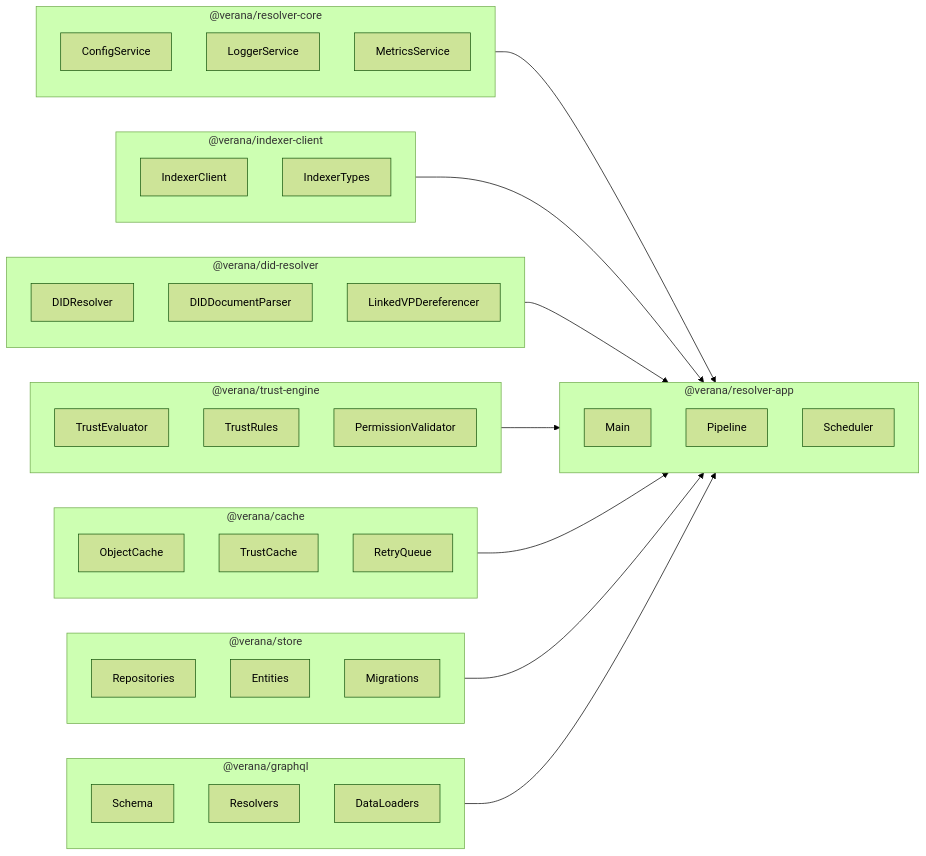
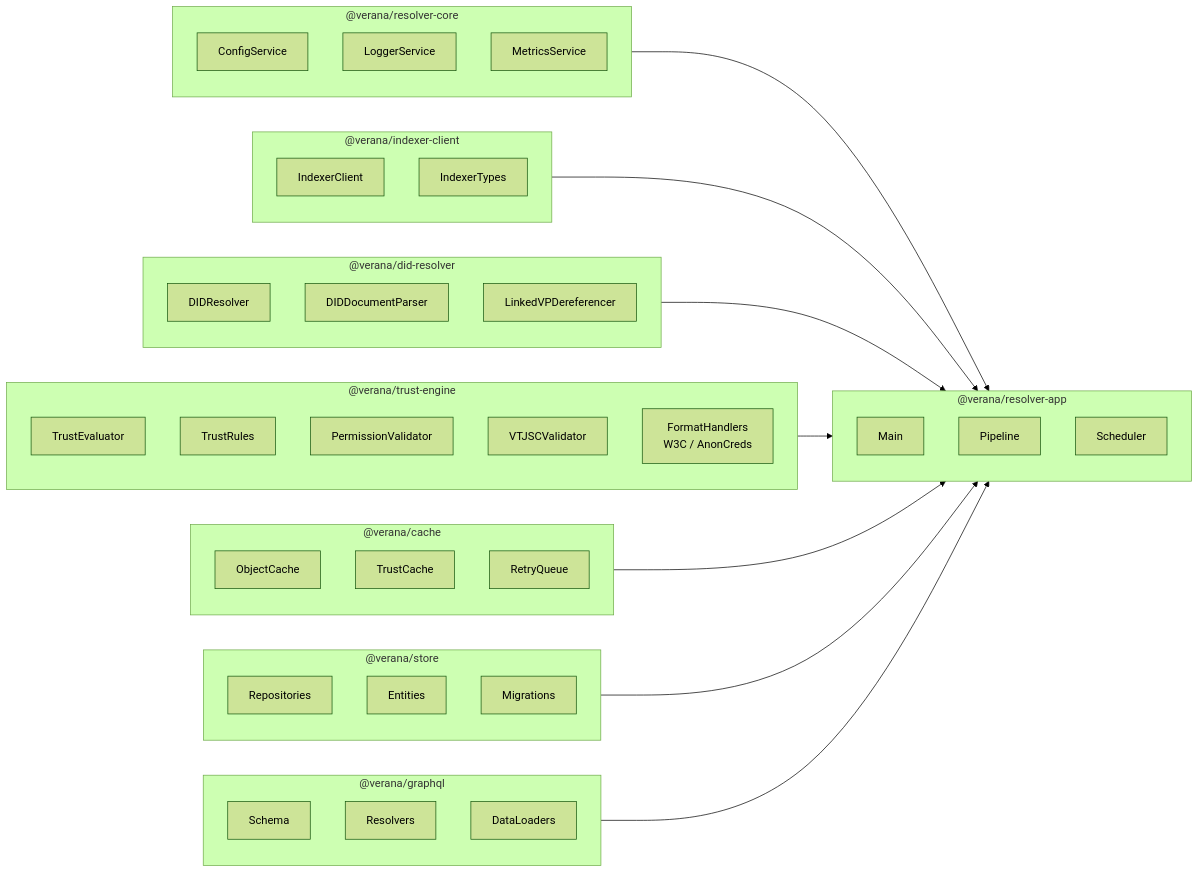
One commit to verana-labs/verana-resolver changed the second of 6 diagrams in implementation-plan.md. Above: the diagram before and after it, drawn with Mermaid (forest theme). The commit also changed other lines of this file and 2 other files, not shown here.

````diff
--- a/implementation-plan.md
+++ b/implementation-plan.md
@@ -86,57 +86,59 @@
 ```mermaid
 flowchart LR
     subgraph Core["@verana/resolver-core"]
         CONFIG[ConfigService]
         LOGGER[LoggerService]
         METRICS[MetricsService]
     end
 
     subgraph Indexer["@verana/indexer-client"]
         IDX_CLIENT[IndexerClient]
         IDX_TYPES[IndexerTypes]
     end
 
     subgraph DID["@verana/did-resolver"]
         DID_RES[DIDResolver]
         DID_DOC[DIDDocumentParser]
         VP_DEREF[LinkedVPDereferencer]
     end
 
     subgraph Trust["@verana/trust-engine"]
         EVAL[TrustEvaluator]
         RULES[TrustRules]
         PERM[PermissionValidator]
+        VTJSC_V[VTJSCValidator]
+        FMT[FormatHandlers<br/>W3C / AnonCreds]
     end
 
     subgraph Cache["@verana/cache"]
         OBJ[ObjectCache]
         TRUST[TrustCache]
         RETRY_Q[RetryQueue]
     end
 
     subgraph Store["@verana/store"]
         REPO[Repositories]
         ENTITIES[Entities]
         MIGRATIONS[Migrations]
     end
 
     subgraph GraphQL["@verana/graphql"]
         SCHEMA[Schema]
         RESOLVERS[Resolvers]
         LOADERS[DataLoaders]
     end
 
     subgraph App["@verana/resolver-app"]
         MAIN[Main]
         PIPELINE[Pipeline]
         SCHEDULER[Scheduler]
     end
 
     Core --> App
     Indexer --> App
     DID --> App
     Trust --> App
     Cache --> App
     Store --> App
     GraphQL --> App
 ```
````
